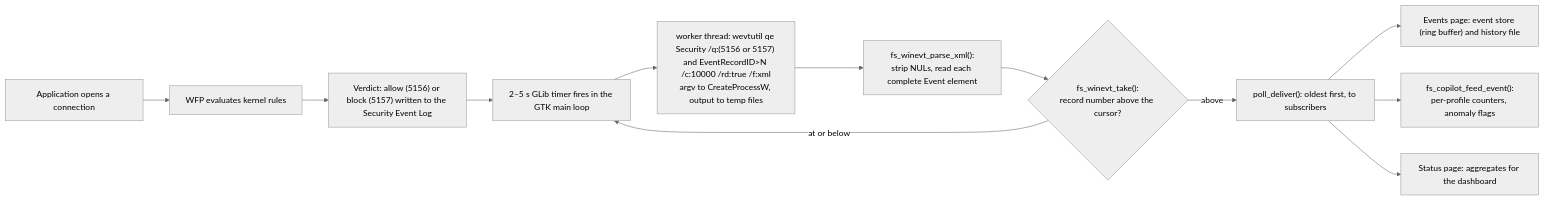
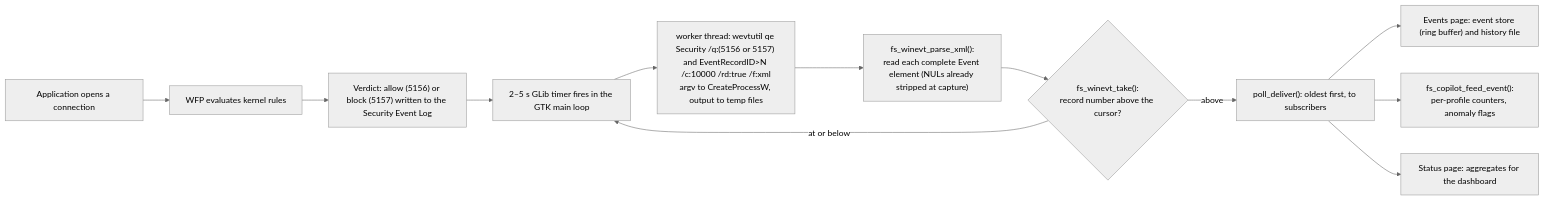
One commit to Cazo-Net/StockFW changed the third of 8 diagrams in docs/ARCHITECTURE-AND-SECURITY.md. Above: the diagram before and after it, drawn with Mermaid (neutral theme). The commit also changed other lines of this file and 10 other files, not shown here.

````diff
--- a/docs/ARCHITECTURE-AND-SECURITY.md
+++ b/docs/ARCHITECTURE-AND-SECURITY.md
@@ -165,14 +165,14 @@
 ```mermaid
 flowchart LR
     A["Application opens a connection"] --> B["WFP evaluates kernel rules"]
     B --> C["Verdict: allow (5156) or block (5157) written to the Security Event Log"]
     C --> D["2–5 s GLib timer fires in the GTK main loop"]
     D --> E["worker thread: wevtutil qe Security /q:(5156 or 5157) and EventRecordID&gt;N /c:10000 /rd:true /f:xml<br/>argv to CreateProcessW, output to temp files"]
-    E --> F["fs_winevt_parse_xml():<br/>strip NULs, read each complete Event element"]
+    E --> F["fs_winevt_parse_xml():<br/>read each complete Event element (NULs already stripped at capture)"]
     F --> G{"fs_winevt_take():<br/>record number above the cursor?"}
     G -->|"at or below"| D
     G -->|"above"| H["poll_deliver(): oldest first, to subscribers"]
     H --> I["Events page: event store (ring buffer) and history file"]
     H --> J["fs_copilot_feed_event():<br/>per-profile counters, anomaly flags"]
     H --> K["Status page: aggregates for the dashboard"]
 ```
````
